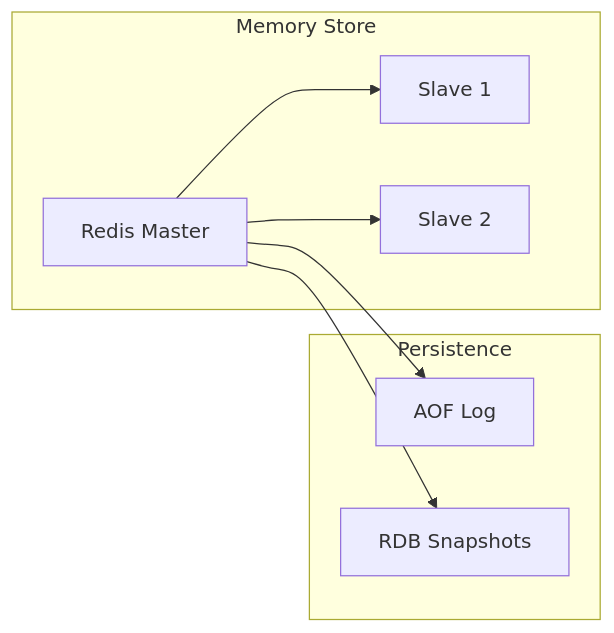
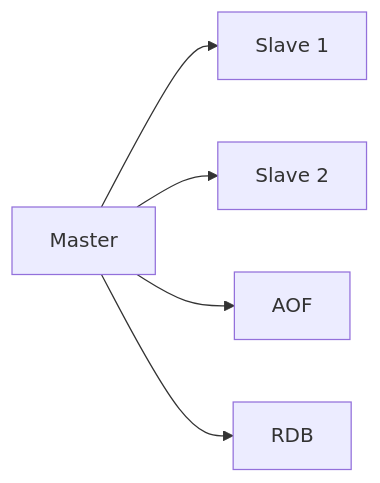
One commit to deepaucksharma/DStudio changed diagram 29 of 30 in docs/case-studies/key-value-store.md. Above: the diagram before and after it, drawn with Mermaid. The commit also changed other lines of this file and 13 other files, not shown here.

````diff
--- a/docs/case-studies/key-value-store.md
+++ b/docs/case-studies/key-value-store.md
@@ -1394,16 +1312,5 @@
 ```mermaid
 graph LR
-    subgraph "Memory Store"
-        M[Redis Master]
-        S1[Slave 1]
-        S2[Slave 2]
-    end
-    
-    subgraph "Persistence"
-        AOF[AOF Log]
-        RDB[RDB Snapshots]
-    end
-    
-    M --> S1 & S2
-    M --> AOF & RDB
+    M[Master] --> S1[Slave 1] & S2[Slave 2]
+    M --> AOF[AOF] & RDB[RDB]
 ```
````
